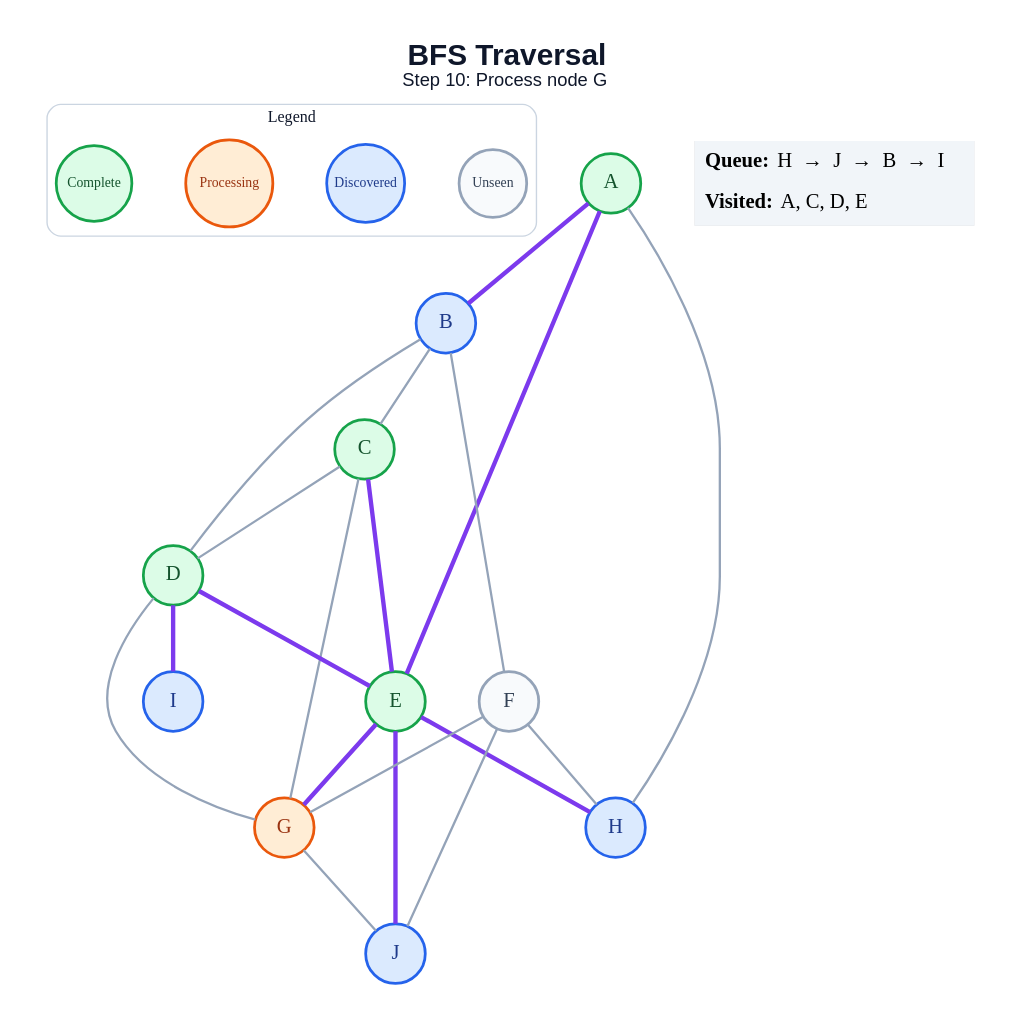
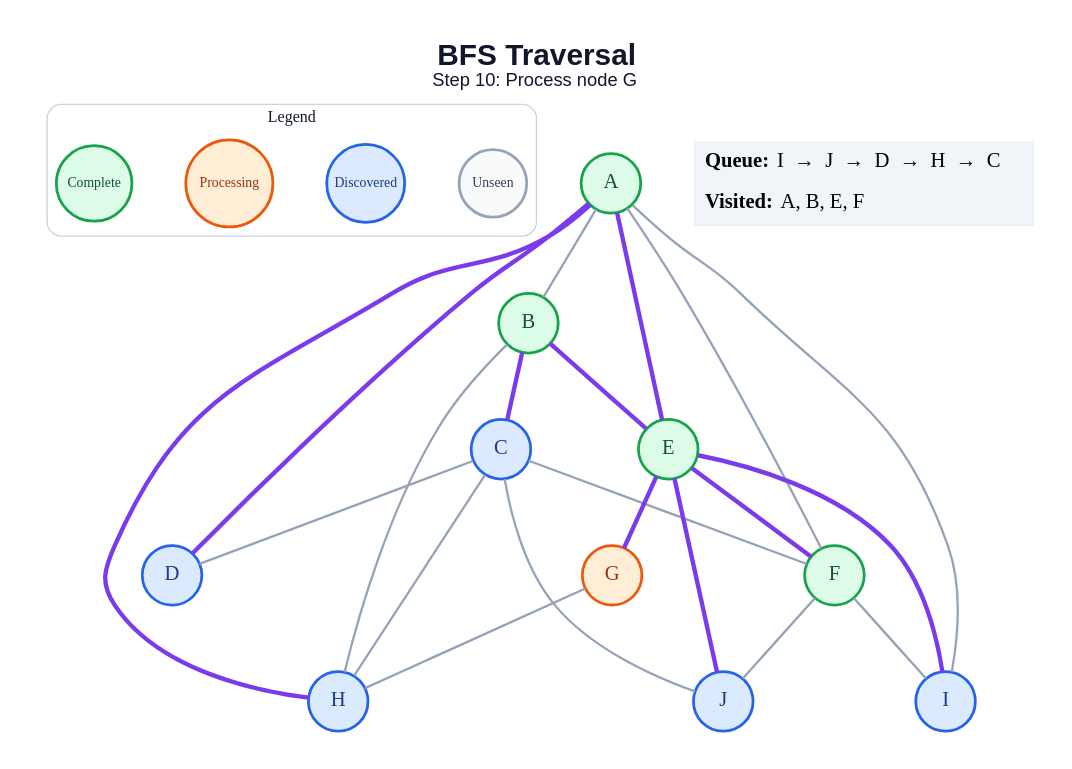
The diagram in generated/specific-node/bfs/step_10.dot (amanghodawala9/ai-slop), drawn with Graphviz before and after one commit. The commit also changed 178 other files, not shown here.

```diff
--- a/generated/specific-node/bfs/step_10.dot
+++ b/generated/specific-node/bfs/step_10.dot
@@ -1,48 +1,49 @@
 graph traversal {
   graph [layout=dot, rankdir=TB, bgcolor="#FFFFFF", pad="0.35", nodesep="0.65", ranksep="0.8", fontname="Arial"];
   node [shape=circle, style="filled", fontname="Arial Bold", fontsize=18, width=0.72, fixedsize=true, penwidth=2.4];
   edge [color="#94A3B8", penwidth=2.0];
   label=<<B>BFS Traversal</B><BR/><FONT POINT-SIZE="16">Step 10: Process node G</FONT>>; labelloc="t"; fontsize=26; fontname="Arial"; fontcolor="#0F172A";
   subgraph cluster_legend { label="Legend"; color="#CBD5E1"; penwidth=1.2; style="rounded"; fontsize=14; fontname="Arial Bold";
     key_unseen [label="Unseen", fillcolor="#F8FAFC", color="#94A3B8", fontcolor="#334155", fontsize=12, width=0.82];
     key_frontier [label="Discovered", fillcolor="#DBEAFE", color="#2563EB", fontcolor="#1E3A8A", fontsize=12, width=0.95];
     key_current [label="Processing", fillcolor="#FFEDD5", color="#EA580C", fontcolor="#9A3412", fontsize=12, width=1.05];
     key_done [label="Complete", fillcolor="#DCFCE7", color="#16A34A", fontcolor="#14532D", fontsize=12, width=0.92];
     { rank=same; key_unseen; key_frontier; key_current; key_done; }
   }
   A [fillcolor="#DCFCE7", color="#16A34A", fontcolor="#14532D"];
-  B [fillcolor="#DBEAFE", color="#2563EB", fontcolor="#1E3A8A"];
-  C [fillcolor="#DCFCE7", color="#16A34A", fontcolor="#14532D"];
-  D [fillcolor="#DCFCE7", color="#16A34A", fontcolor="#14532D"];
+  B [fillcolor="#DCFCE7", color="#16A34A", fontcolor="#14532D"];
+  C [fillcolor="#DBEAFE", color="#2563EB", fontcolor="#1E3A8A"];
+  D [fillcolor="#DBEAFE", color="#2563EB", fontcolor="#1E3A8A"];
   E [fillcolor="#DCFCE7", color="#16A34A", fontcolor="#14532D"];
-  F [fillcolor="#F8FAFC", color="#94A3B8", fontcolor="#334155"];
+  F [fillcolor="#DCFCE7", color="#16A34A", fontcolor="#14532D"];
   G [fillcolor="#FFEDD5", color="#EA580C", fontcolor="#9A3412"];
   H [fillcolor="#DBEAFE", color="#2563EB", fontcolor="#1E3A8A"];
   I [fillcolor="#DBEAFE", color="#2563EB", fontcolor="#1E3A8A"];
   J [fillcolor="#DBEAFE", color="#2563EB", fontcolor="#1E3A8A"];
-  A -- B [color="#7C3AED", penwidth=3.8];
+  A -- B;
+  A -- D [color="#7C3AED", penwidth=3.8];
   A -- E [color="#7C3AED", penwidth=3.8];
-  A -- H;
-  B -- C;
-  B -- D;
-  B -- F;
+  A -- F;
+  A -- H [color="#7C3AED", penwidth=3.8];
+  A -- I;
+  B -- C [color="#7C3AED", penwidth=3.8];
+  B -- E [color="#7C3AED", penwidth=3.8];
+  B -- H;
   C -- D;
-  C -- E [color="#7C3AED", penwidth=3.8];
-  C -- G;
-  D -- E [color="#7C3AED", penwidth=3.8];
-  D -- G;
-  D -- I [color="#7C3AED", penwidth=3.8];
+  C -- F;
+  C -- H;
+  C -- J;
+  E -- F [color="#7C3AED", penwidth=3.8];
   E -- G [color="#7C3AED", penwidth=3.8];
-  E -- H [color="#7C3AED", penwidth=3.8];
+  E -- I [color="#7C3AED", penwidth=3.8];
   E -- J [color="#7C3AED", penwidth=3.8];
-  F -- G;
-  F -- H;
+  F -- I;
   F -- J;
-  G -- J;
+  G -- H;
   status [shape=plain, fixedsize=false, width=0, height=0, margin=0, label=<
     <TABLE BORDER="0" CELLBORDER="0" CELLPADDING="7" BGCOLOR="#F1F5F9">
-      <TR><TD ALIGN="LEFT"><B>Queue:</B> H  →  J  →  B  →  I</TD></TR>
-      <TR><TD ALIGN="LEFT"><B>Visited:</B> A, C, D, E</TD></TR>
+      <TR><TD ALIGN="LEFT"><B>Queue:</B> I  →  J  →  D  →  H  →  C</TD></TR>
+      <TR><TD ALIGN="LEFT"><B>Visited:</B> A, B, E, F</TD></TR>
     </TABLE>
   >];
 }
```
